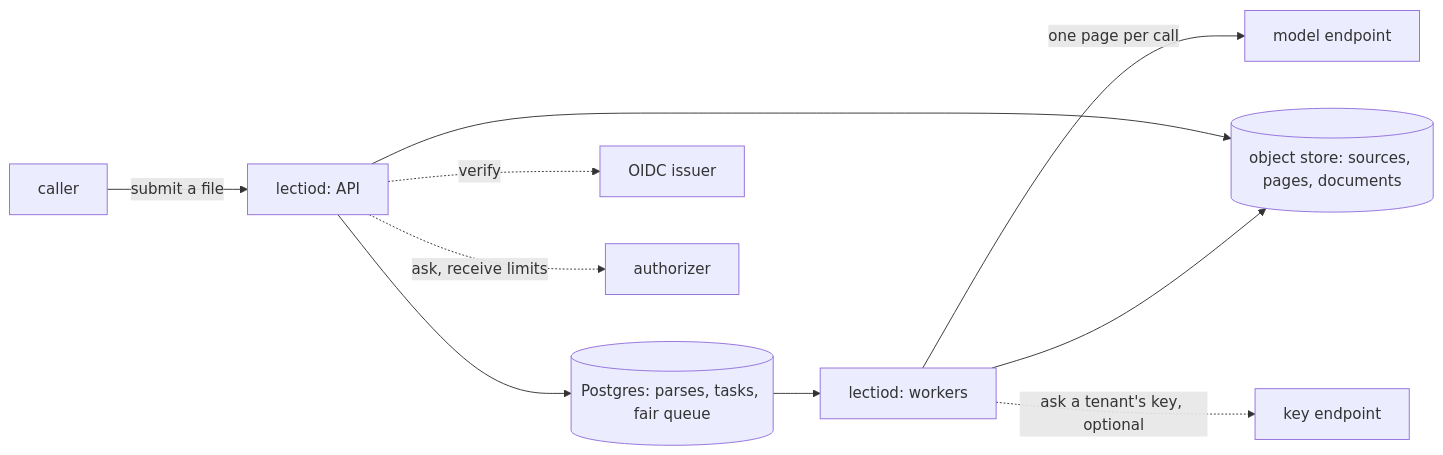
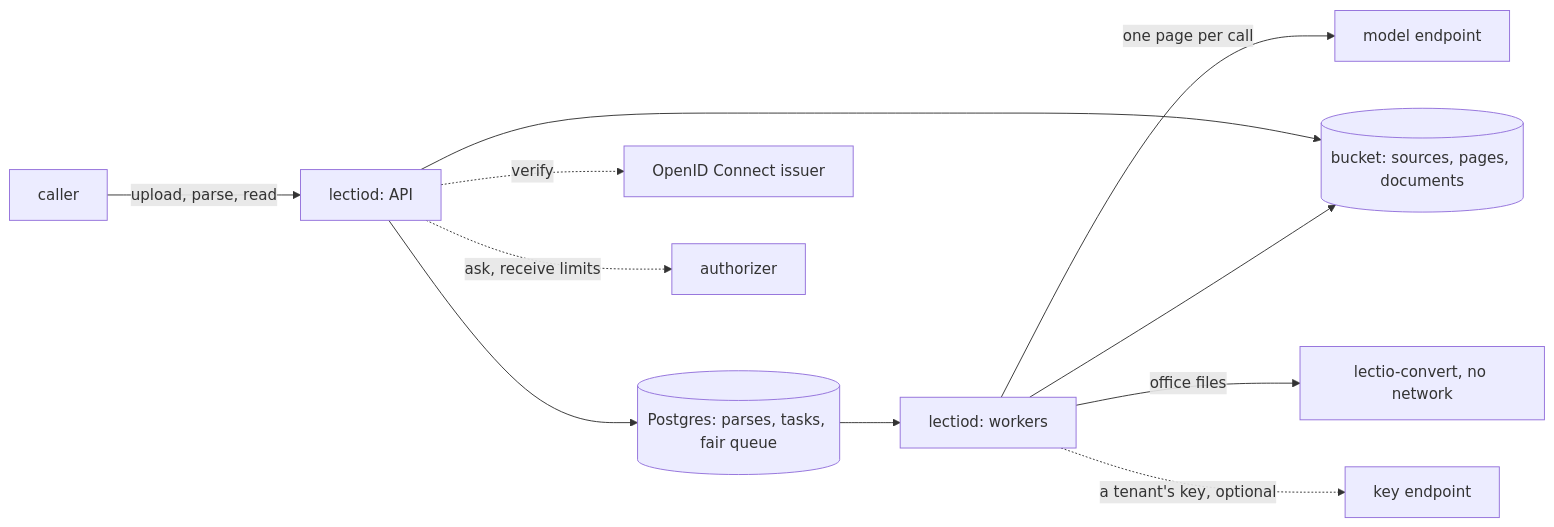
One commit to latere-ai/lectio changed the diagram in README.md. Above: the diagram before and after it, drawn with Mermaid. The commit also changed other lines of this file, not shown here.

````diff
--- a/README.md
+++ b/README.md
@@ -297,12 +95,13 @@
 ```mermaid
 flowchart LR
-  caller["caller"] -->|"submit a file"| api["lectiod: API"]
+  caller["caller"] -->|"upload, parse, read"| api["lectiod: API"]
   api --> pg[("Postgres: parses, tasks, fair queue")]
-  api --> obj[("object store: sources, pages, documents")]
+  api --> obj[("bucket: sources, pages, documents")]
   pg --> w["lectiod: workers"]
   w -->|"one page per call"| model["model endpoint"]
   w --> obj
-  api -. "verify" .-> issuer["OIDC issuer"]
+  w -->|"office files"| convert["lectio-convert, no network"]
+  api -. "verify" .-> issuer["OpenID Connect issuer"]
   api -. "ask, receive limits" .-> authz["authorizer"]
-  w -. "ask a tenant's key, optional" .-> keys["key endpoint"]
+  w -. "a tenant's key, optional" .-> keys["key endpoint"]
 ```
````
